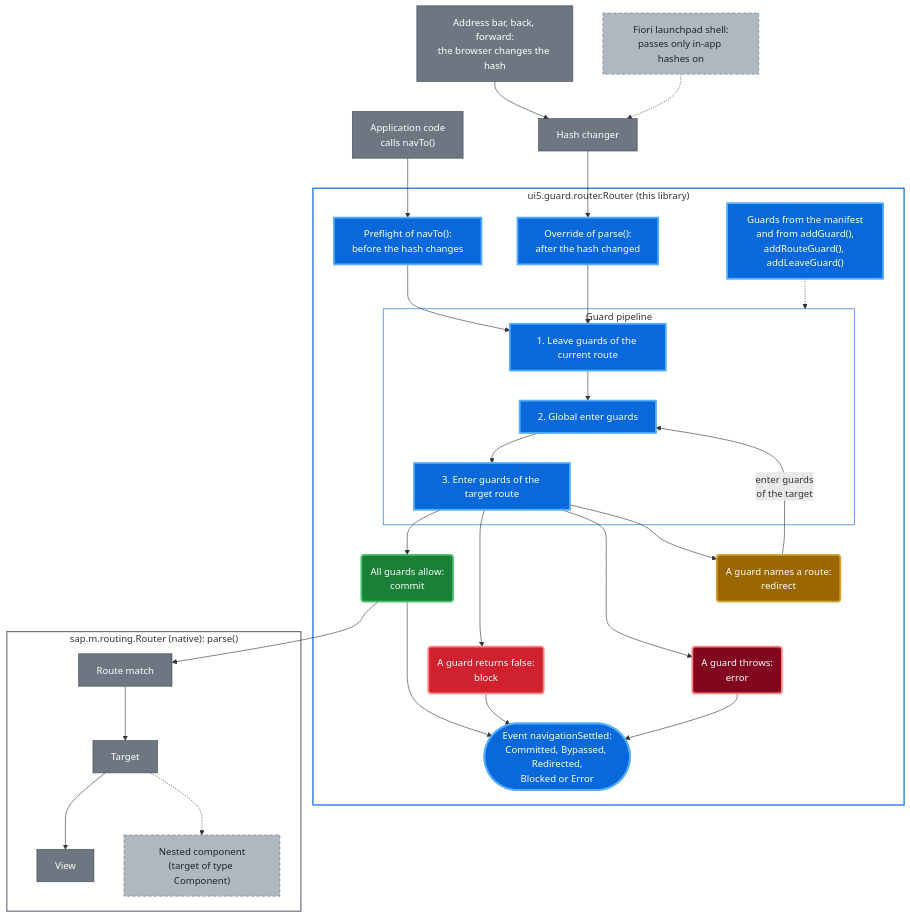
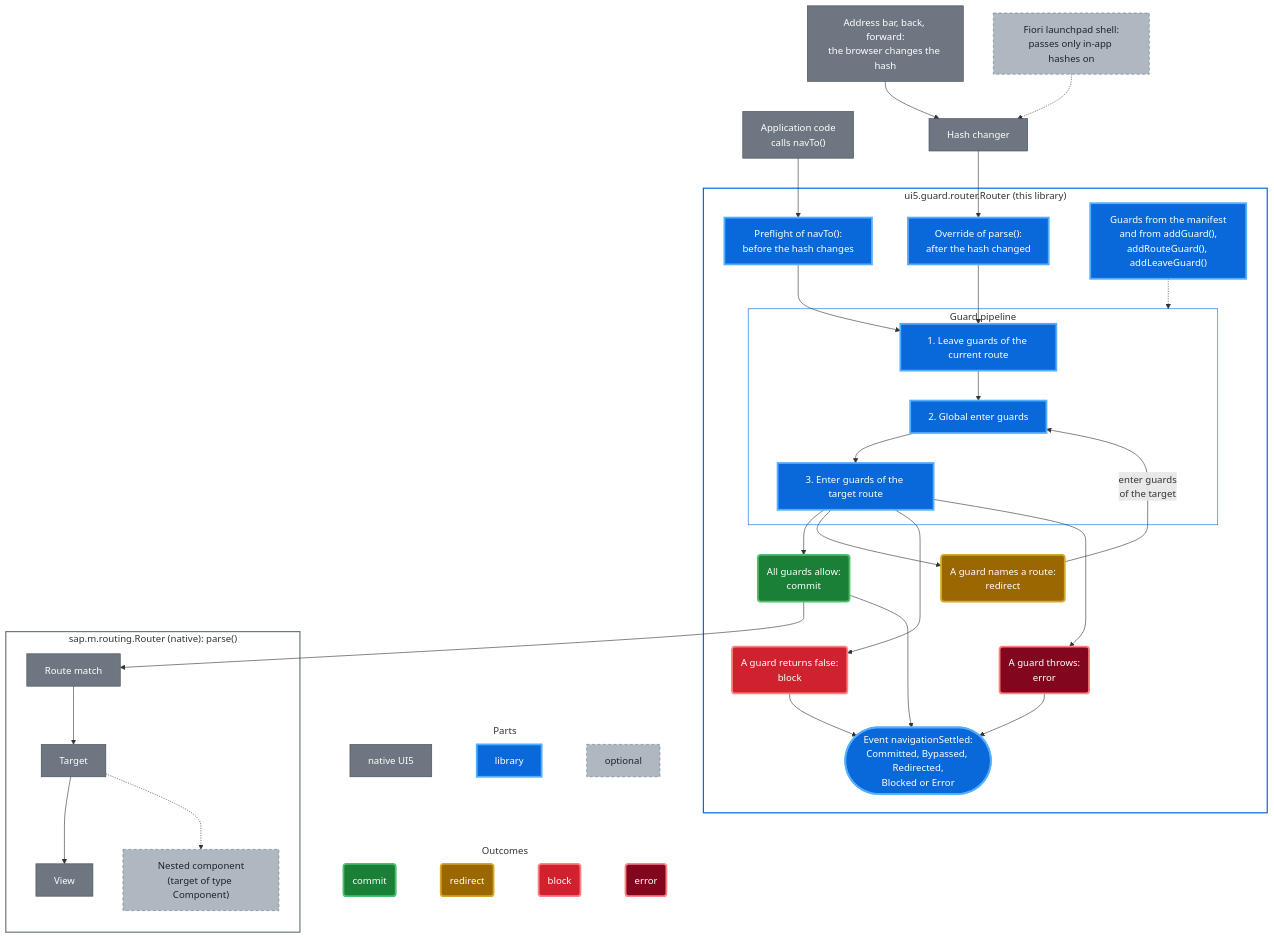
Before and after one commit to wridgeu/ui5-lib-guard-router: the first of 9 diagrams in packages/lib/README.md, drawn with Mermaid. The commit also changed 1 other file, not shown here.

Commit message:
docs: key the overview with two aligned rows, parts and outcomes
Claude-Session: https://claude.ai/code/session_01WgqSRUKcbEApXUbdrBBVmr

````diff
--- a/packages/lib/README.md
+++ b/packages/lib/README.md
@@ -248,4 +248,23 @@
     style added fill:none,stroke:#0969da,stroke-width:2px
     style pipeline fill:none,stroke:#0969da
     style native fill:none,stroke:#6e7781,stroke-width:2px
+
+    subgraph parts ["Parts"]
+        direction LR
+        lNative["native UI5"] ~~~ lAdded["library"] ~~~ lOptional["optional"]
+    end
+    subgraph outcomes ["Outcomes"]
+        direction LR
+        lCommit("commit") ~~~ lRedirect("redirect") ~~~ lBlock("block") ~~~ lError("error")
+    end
+    native ~~~ parts ~~~ outcomes
+    class lNative native
+    class lAdded added
+    class lOptional optional
+    class lCommit commit
+    class lRedirect redirect
+    class lBlock block
+    class lError error
+    style parts fill:none,stroke:none
+    style outcomes fill:none,stroke:none
 ```
````
